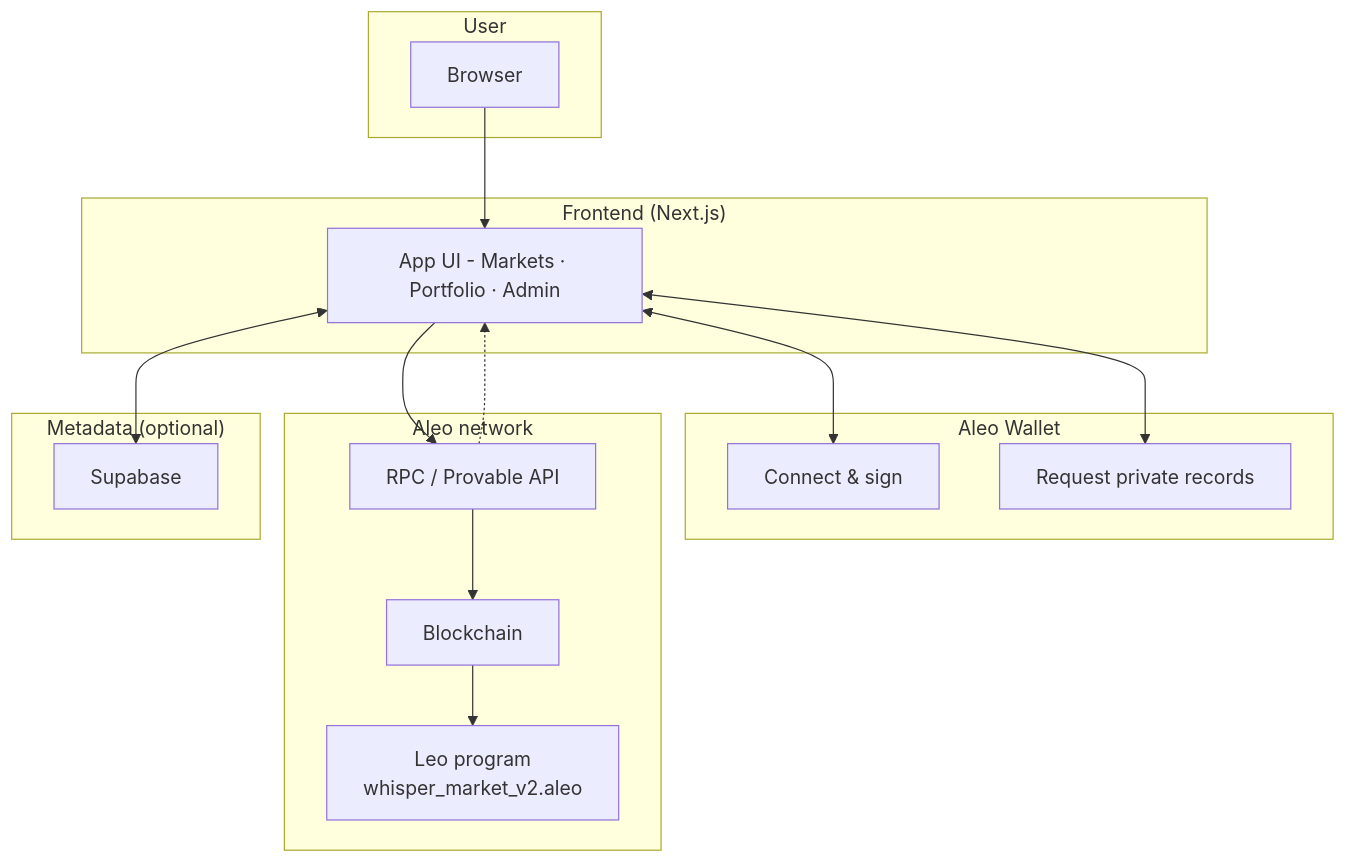
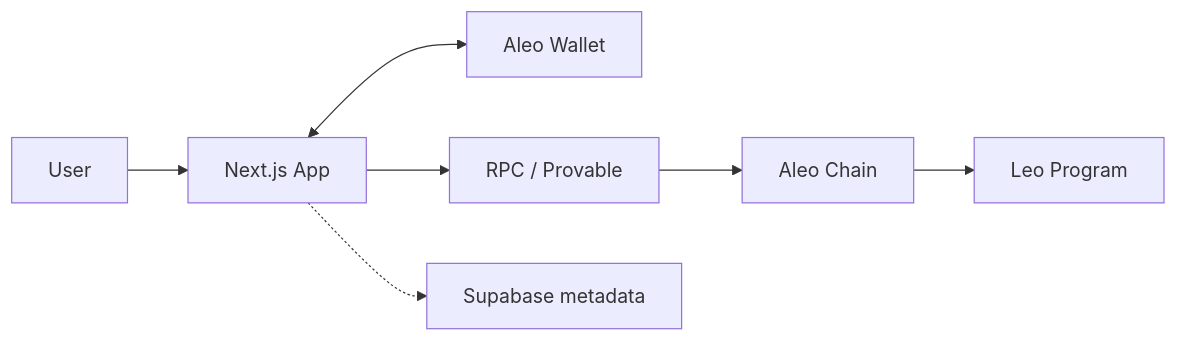
Before and after one commit to mikenike360/WhisperMarket: the diagram in README.md, drawn with Mermaid. The commit also changed other lines of this file, not shown here.

````diff
--- a/README.md
+++ b/README.md
@@ -122,34 +52,9 @@
 ```mermaid
-flowchart TB
-  subgraph user["User"]
-    Browser[Browser]
-  end
-
-  subgraph frontend["Frontend (Next.js)"]
-    App[App UI - Markets · Portfolio · Admin]
-  end
-
-  subgraph wallet["Aleo Wallet"]
-    Connect[Connect & sign]
-    Records[Request private records]
-  end
-
-  subgraph aleo["Aleo network"]
-    RPC[RPC / Provable API]
-    Chain[Blockchain]
-    Program[Leo program\nwhisper_market_v2.aleo]
-  end
-
-  subgraph data["Metadata (optional)"]
-    Supabase[Supabase]
-  end
-
-  Browser --> App
-  App <--> Connect
-  App <--> Records
-  App --> RPC
-  RPC --> Chain
-  Chain --> Program
-  App <--> Supabase
-  RPC -.-> App
+flowchart LR
+  User[User] --> App[Next.js App]
+  App <--> Wallet[Aleo Wallet]
+  App --> RPC[RPC / Provable]
+  RPC --> Chain[Aleo Chain]
+  Chain --> Program[Leo Program]
+  App -.-> Meta[Supabase metadata]
 ```
````
